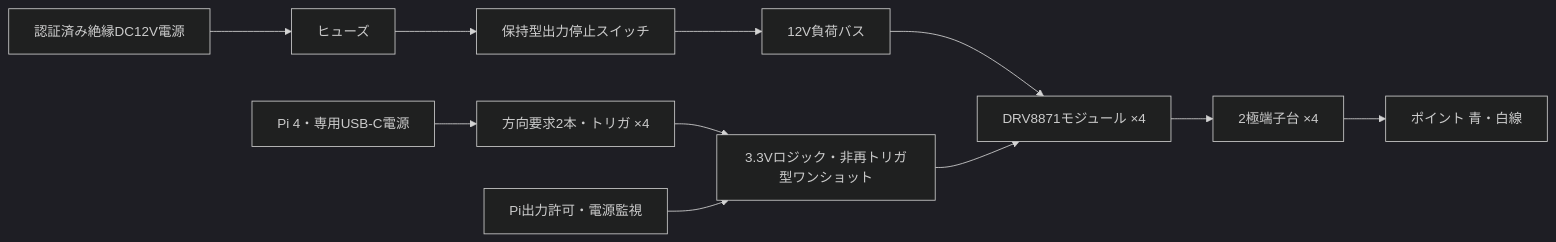
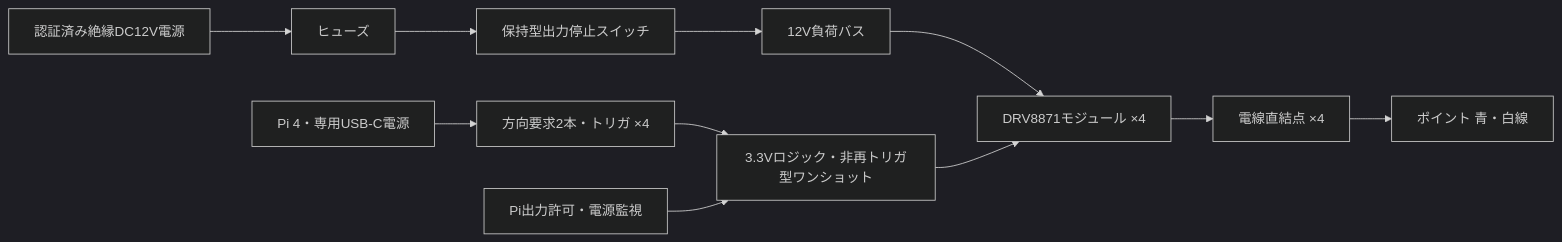
One commit to hankenken/Train_control changed the diagram in hardware/turnout-driver.md. Above: the diagram before and after it, drawn with Mermaid (dark theme). The commit also changed other lines of this file and 75 other files, not shown here.

````diff
--- a/hardware/turnout-driver.md
+++ b/hardware/turnout-driver.md
@@ -25,13 +25,13 @@
 ```mermaid
 flowchart LR
   AC[認証済み絶縁DC12V電源] --> F[ヒューズ]
   F --> STOP[保持型出力停止スイッチ]
   STOP --> BUS[12V負荷バス]
   BUS --> D[DRV8871モジュール ×4]
-  D --> TB[2極端子台 ×4]
+  D --> TB[電線直結点 ×4]
   TB --> P[ポイント 青・白線]
   PI[Pi 4・専用USB-C電源] --> REQ[方向要求2本・トリガ ×4]
   REQ --> LOGIC[3.3Vロジック・非再トリガ型ワンショット]
   ARM[Pi出力許可・電源監視] --> LOGIC
   LOGIC --> D
 ```
````
